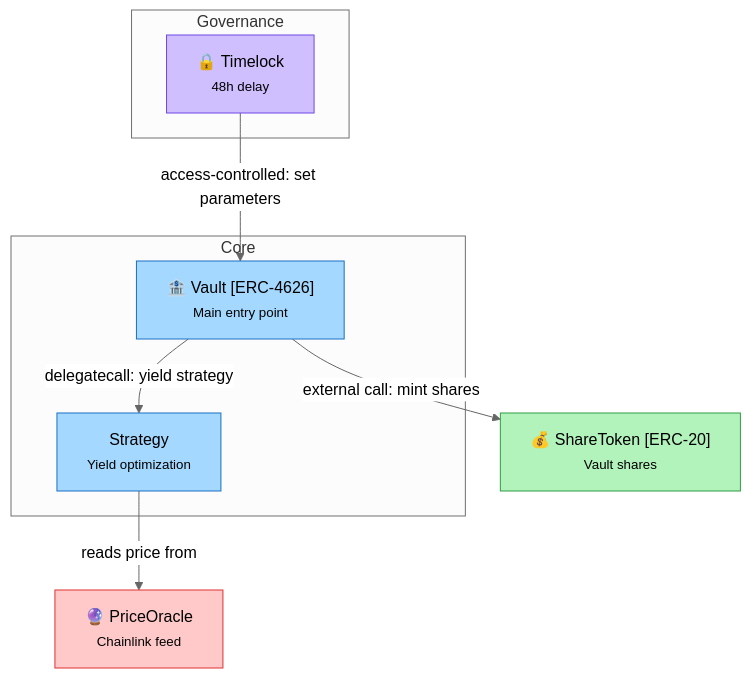
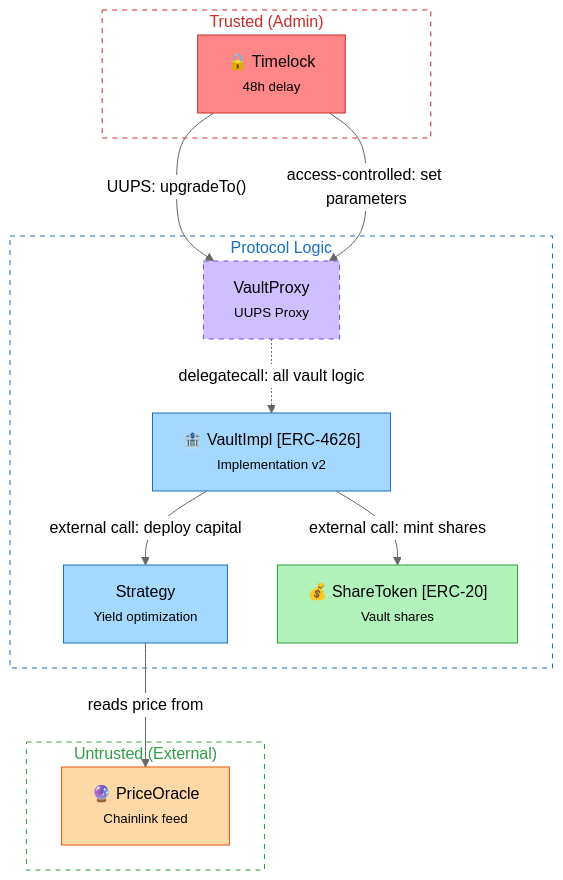
One commit to andreitoma8/hex changed the diagram in packages/cli/src/skills/generate-diagram.md. Above: the diagram before and after it, drawn with Mermaid (neutral theme). The commit also changed other lines of this file and 6 other files, not shown here.

First line of the commit message:
Enhance skill prompts — trust zones, proxy notation, protocol archetypes, weird tokens

````diff
--- a/packages/cli/src/skills/generate-diagram.md
+++ b/packages/cli/src/skills/generate-diagram.md
@@ -149,31 +257,43 @@
 ```mermaid
-%% Architecture overview of the Vault protocol: ERC-4626 vault with
+%% Architecture overview of the Vault protocol: ERC-4626 vault with UUPS proxy,
 %% delegated yield strategy, share token, oracle price feed, and timelock governance.
 graph TD
-  subgraph Core
-    vault["🏦 Vault [ERC-4626]<br/><small>Main entry point</small>"]:::core
-    strategy["Strategy<br/><small>Yield optimization</small>"]:::core
+  subgraph trusted["Trusted (Admin)"]
+    timelock["🔒 Timelock<br/><small>48h delay</small>"]:::admin
   end
 
-  subgraph Governance
-    timelock["🔒 Timelock<br/><small>48h delay</small>"]:::gov
+  subgraph protocol["Protocol Logic"]
+    proxy["VaultProxy<br/><small>UUPS Proxy</small>"]:::proxy
+    vault["🏦 VaultImpl [ERC-4626]<br/><small>Implementation v2</small>"]:::core
+    strategy["Strategy<br/><small>Yield optimization</small>"]:::core
+    token["💰 ShareToken [ERC-20]<br/><small>Vault shares</small>"]:::user
   end
 
-  token["💰 ShareToken [ERC-20]<br/><small>Vault shares</small>"]:::token
-  oracle["🔮 PriceOracle<br/><small>Chainlink feed</small>"]:::oracle
+  subgraph external["Untrusted (External)"]
+    oracle["🔮 PriceOracle<br/><small>Chainlink feed</small>"]:::ext
+  end
 
-  vault -->|"delegatecall: yield strategy"| strategy
+  proxy -.->|"delegatecall: all vault logic"| vault
   vault -->|"external call: mint shares"| token
+  vault -->|"external call: deploy capital"| strategy
   strategy -->|"reads price from"| oracle
-  timelock -->|"access-controlled: set parameters"| vault
+  timelock -->|"UUPS: upgradeTo()"| proxy
+  timelock -->|"access-controlled: set parameters"| proxy
 
   classDef core fill:#a5d8ff,stroke:#1971c2,color:#000
-  classDef token fill:#b2f2bb,stroke:#2f9e44,color:#000
-  classDef oracle fill:#ffc9c9,stroke:#e03131,color:#000
-  classDef gov fill:#d0bfff,stroke:#7048e8,color:#000
+  classDef user fill:#b2f2bb,stroke:#2f9e44,color:#000
+  classDef admin fill:#ff8787,stroke:#c92a2a,color:#000
+  classDef ext fill:#ffd8a8,stroke:#e8590c,color:#000
+  classDef proxy fill:#d0bfff,stroke:#7048e8,color:#000,stroke-dasharray:5 5
   classDef storage fill:#ffec99,stroke:#f08c00,color:#000
 
+  style trusted fill:none,stroke:#c92a2a,stroke-dasharray:5 5,color:#c92a2a
+  style protocol fill:none,stroke:#1971c2,stroke-dasharray:5 5,color:#1971c2
+  style external fill:none,stroke:#2f9e44,stroke-dasharray:5 5,color:#2f9e44
+
 %% --- Legend ---
+%% Trust zones: red-dashed=Admin  blue-dashed=Protocol  green-dashed=User/External
+%% Node colors: blue=Core  green=User-facing  red=Admin  orange=External  purple=Proxy  yellow=Storage
+%% Edge styles: solid(-->)=external call  dashed(-.->)=delegatecall
 %% Symbols: 🏦=Vault 💰=Token 🔮=Oracle 🔒=Governance 📦=Storage ⚡=Flash loan 🌉=Bridge
-%% Colors: blue=Core  green=Token  red=External/Oracle  purple=Governance  yellow=Storage
 ```
````
